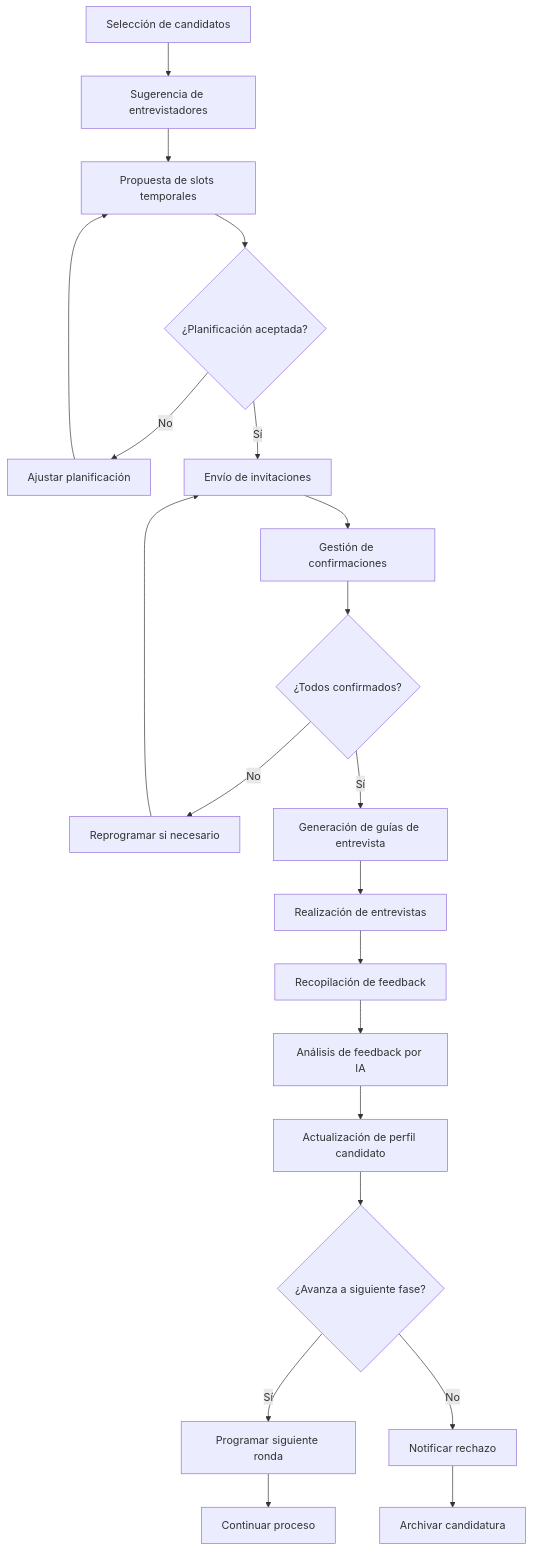
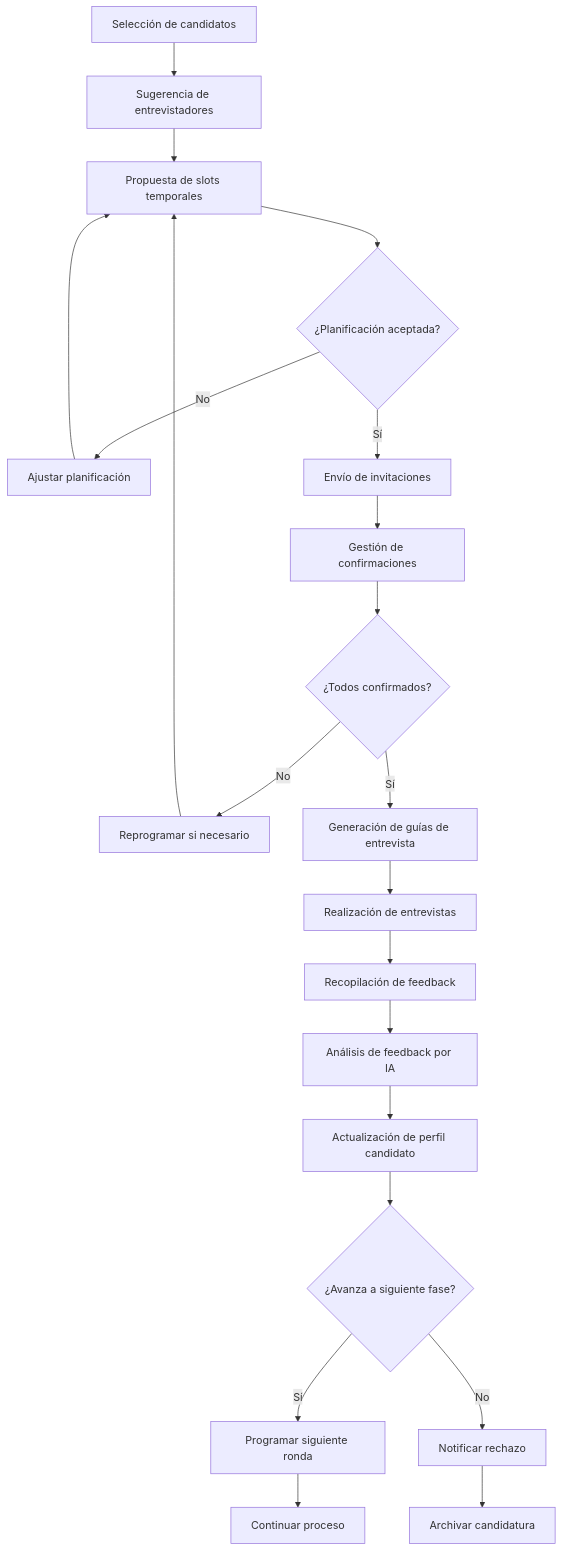
Before and after one commit to felipemarin/ai4devs-design-1: the fourth of 10 diagrams in LTI-LBN/LTI-LBN.md, drawn with Mermaid.

Commit message:
Corregido diagrama de caso de uso 3

````diff
--- a/LTI-LBN/LTI-LBN.md
+++ b/LTI-LBN/LTI-LBN.md
@@ -170,29 +170,29 @@
 ```mermaid
 flowchart TD
     A[Selección de candidatos] --> B[Sugerencia de entrevistadores]
     B --> C[Propuesta de slots temporales]
     C --> D{¿Planificación aceptada?}
     
     D -->|No| E[Ajustar planificación]
     E --> C
     
     D -->|Sí| F[Envío de invitaciones]
     F --> G[Gestión de confirmaciones]
     G --> H{¿Todos confirmados?}
     
     H -->|No| I[Reprogramar si necesario]
-    I --> F
+    I --> C
     
     H -->|Sí| J[Generación de guías de entrevista]
     J --> K[Realización de entrevistas]
     K --> L[Recopilación de feedback]
     L --> M[Análisis de feedback por IA]
     M --> N[Actualización de perfil candidato]
     N --> O{¿Avanza a siguiente fase?}
     
     O -->|Sí| P[Programar siguiente ronda]
     O -->|No| Q[Notificar rechazo]
     
     P --> R[Continuar proceso]
     Q --> S[Archivar candidatura]
 ```
````
